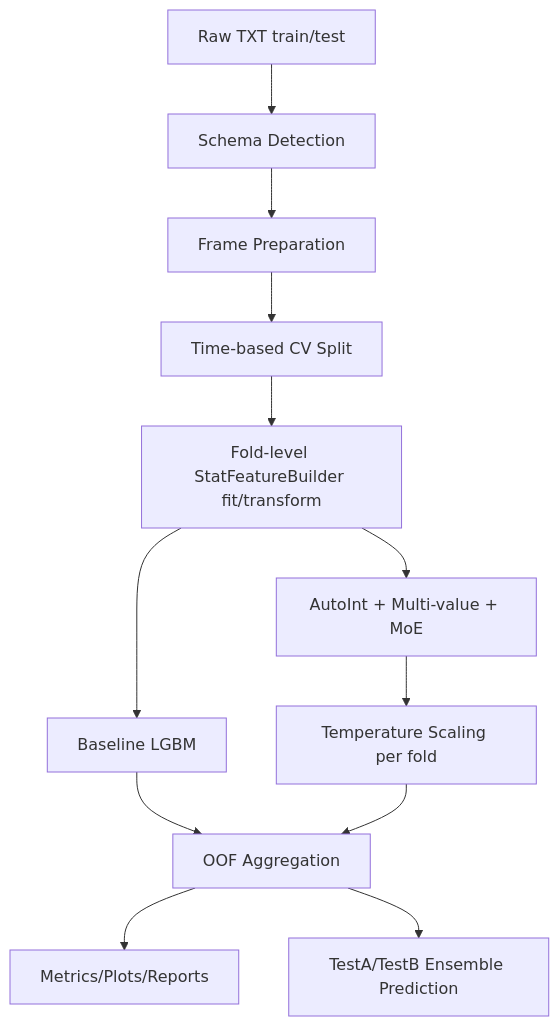
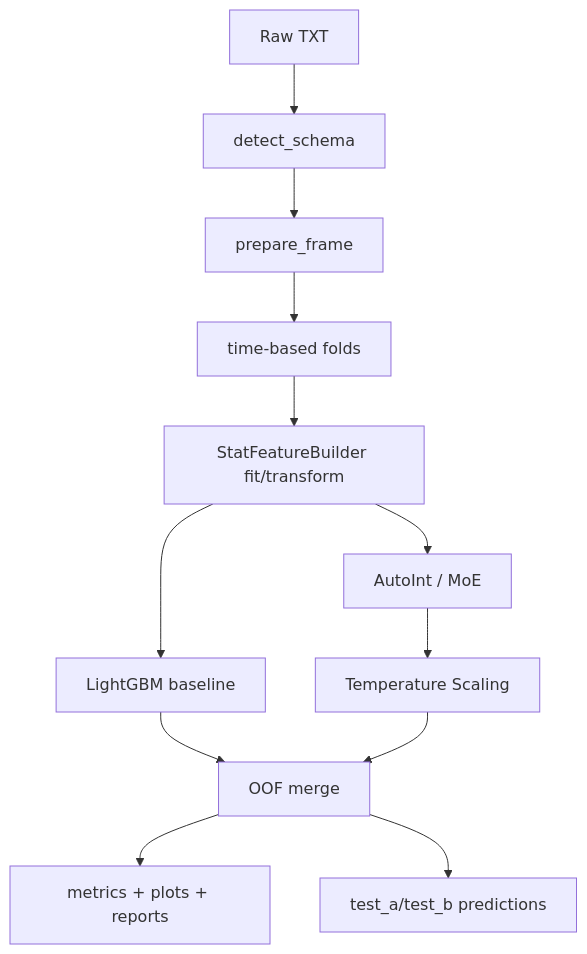
The diagram in README.md (zhe1i/ijcai-18-alibaba), drawn with Mermaid before and after one commit. The commit also changed other lines of this file, not shown here.

````diff
--- a/README.md
+++ b/README.md
@@ -135,14 +103,14 @@
 ```mermaid
 flowchart TD
-A[Raw TXT train/test] --> B[Schema Detection]
-B --> C[Frame Preparation]
-C --> D[Time-based CV Split]
-D --> E[Fold-level StatFeatureBuilder fit/transform]
-E --> F1[Baseline LGBM]
-E --> F2[AutoInt + Multi-value + MoE]
-F2 --> G[Temperature Scaling per fold]
-F1 --> H[OOF Aggregation]
+A[Raw TXT] --> B[detect_schema]
+B --> C[prepare_frame]
+C --> D[time-based folds]
+D --> E[StatFeatureBuilder fit/transform]
+E --> F1[LightGBM baseline]
+E --> F2[AutoInt / MoE]
+F2 --> G[Temperature Scaling]
+F1 --> H[OOF merge]
 G --> H
-H --> I[Metrics/Plots/Reports]
-H --> J[TestA/TestB Ensemble Prediction]
+H --> I[metrics + plots + reports]
+H --> J[test_a/test_b predictions]
 ```
````
